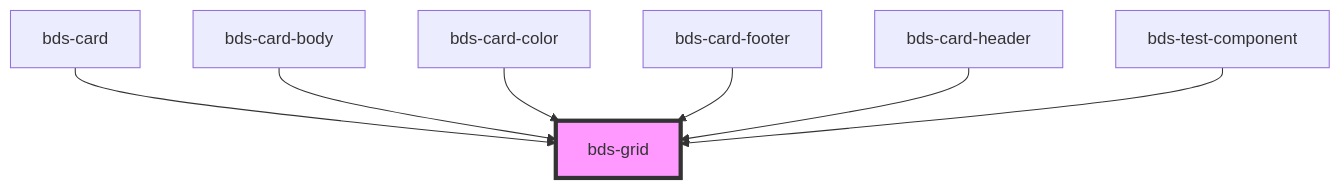
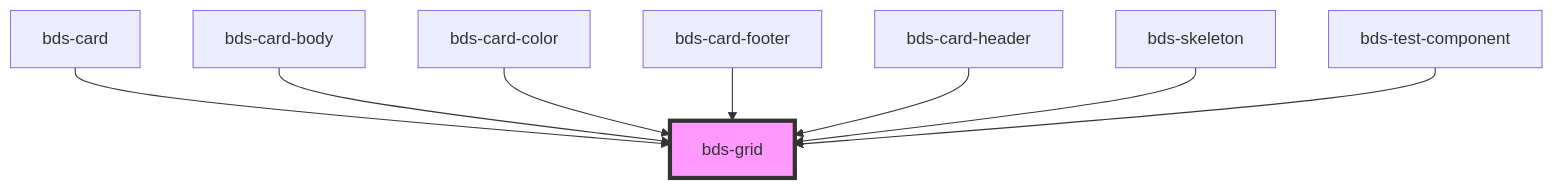
The diagram in src/components/grid/readme.md (takenet/blip-ds), drawn with Mermaid before and after one commit. The commit also changed other lines of this file and 10 other files, not shown here.

````diff
--- a/src/components/grid/readme.md
+++ b/src/components/grid/readme.md
@@ -48,10 +49,11 @@
 ```mermaid
 graph TD;
   bds-card --> bds-grid
   bds-card-body --> bds-grid
   bds-card-color --> bds-grid
   bds-card-footer --> bds-grid
   bds-card-header --> bds-grid
+  bds-skeleton --> bds-grid
   bds-test-component --> bds-grid
   style bds-grid fill:#f9f,stroke:#333,stroke-width:4px
 ```
````
